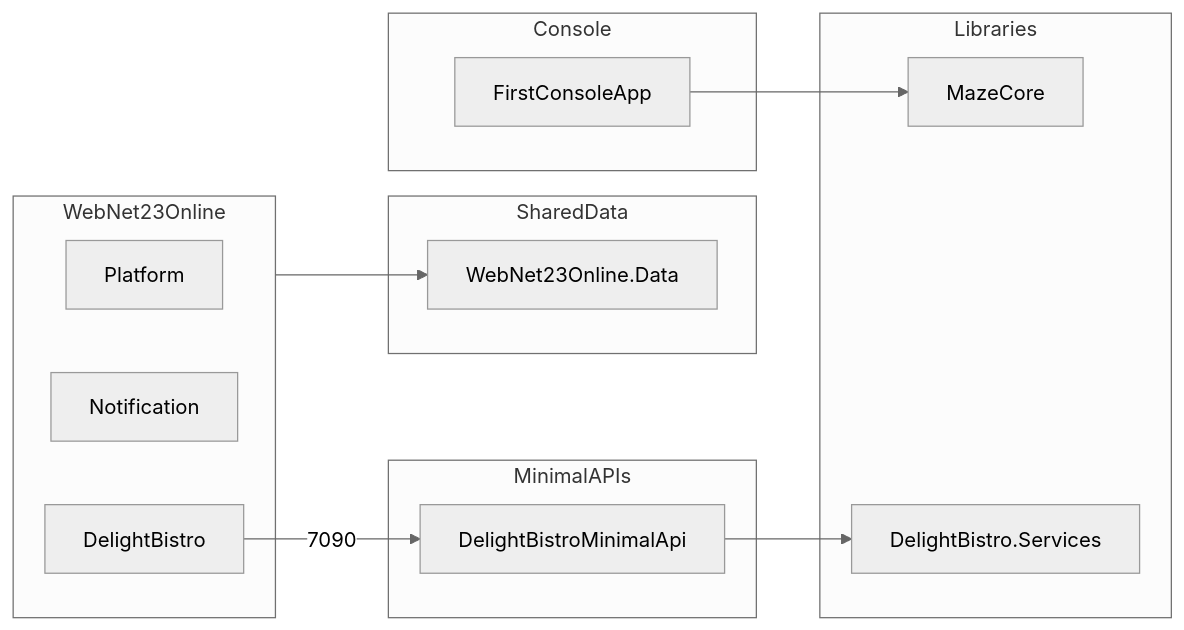
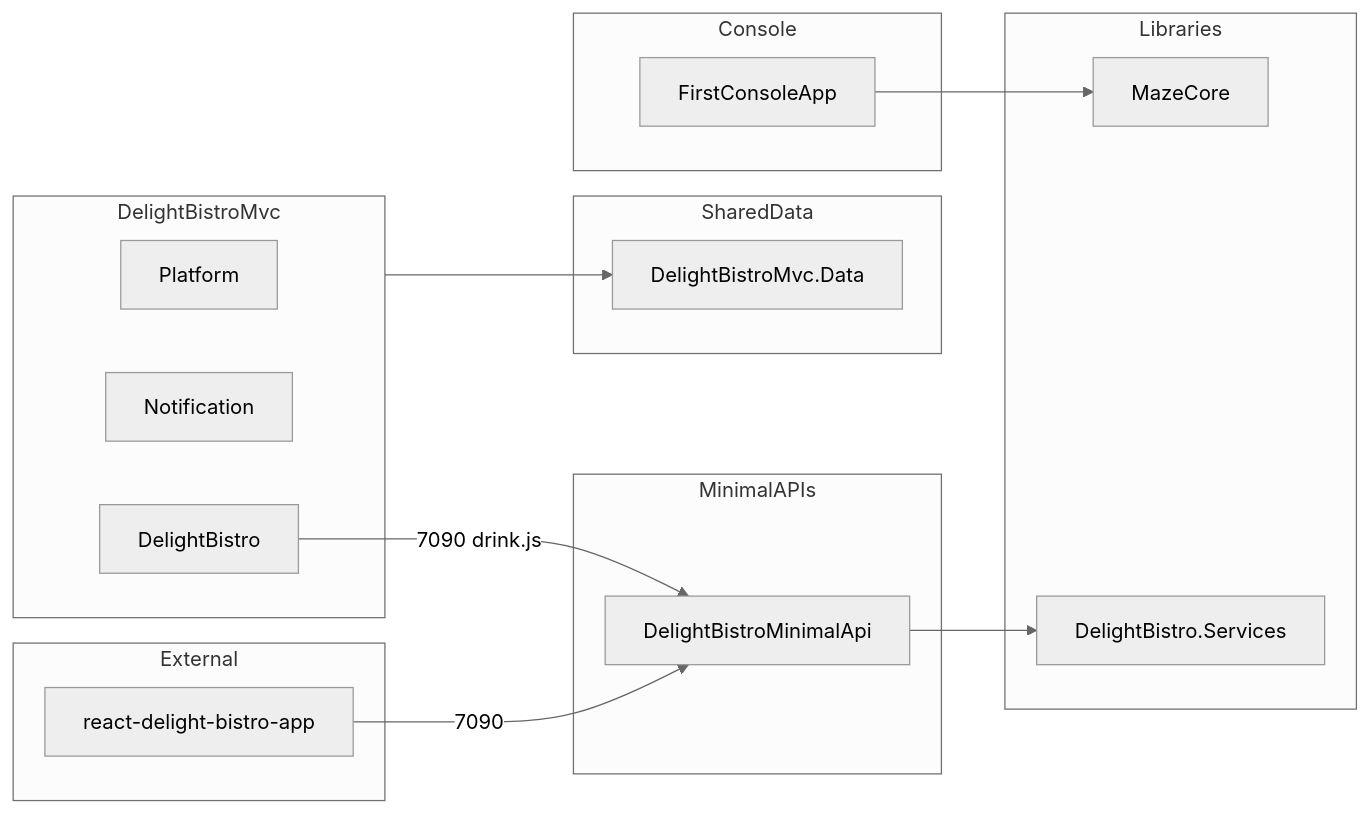
Before and after one commit to AlexanderKartuz/PetProjectDelightBistro: the diagram in DelightBistro/docs/integration-map.md, drawn with Mermaid (neutral theme). The commit also changed other lines of this file and 25 other files, not shown here.

````diff
--- a/DelightBistro/docs/integration-map.md
+++ b/DelightBistro/docs/integration-map.md
@@ -54,30 +64,35 @@
 ```mermaid
 flowchart LR
-    subgraph web [WebNet23Online]
+    subgraph web [DelightBistroMvc]
         Platform
         Notification
         DelightBistro
     end
 
     subgraph apis [MinimalAPIs]
-        TeaAPI[DelightBistroMinimalApi]
+        DrinksAPI[DelightBistroMinimalApi]
     end
 
     subgraph data [SharedData]
-        WebContext[WebNet23Online.Data]
+        WebContext[DelightBistroMvc.Data]
     end
 
     subgraph libs [Libraries]
         MazeCore
         SerilogLib[DelightBistro.Services]
     end
 
     subgraph console [Console]
         FirstConsoleApp
     end
 
-    DelightBistro -->|"7090"| TeaAPI
-    TeaAPI --> SerilogLib
+    subgraph spa [External]
+        ReactApp[react-delight-bistro-app]
+    end
+
+    DelightBistro -->|"7090 drink.js"| DrinksAPI
+    ReactApp -->|"7090"| DrinksAPI
+    DrinksAPI --> SerilogLib
     web --> WebContext
     FirstConsoleApp --> MazeCore
 ```
````
